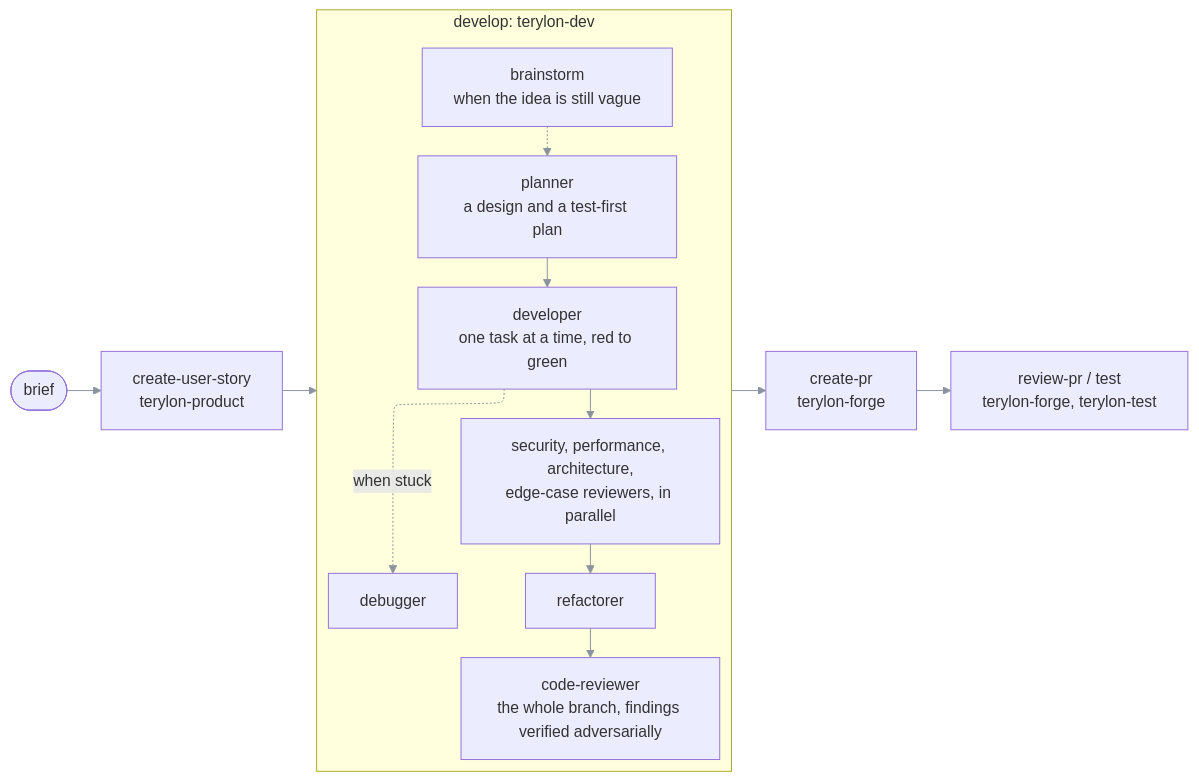
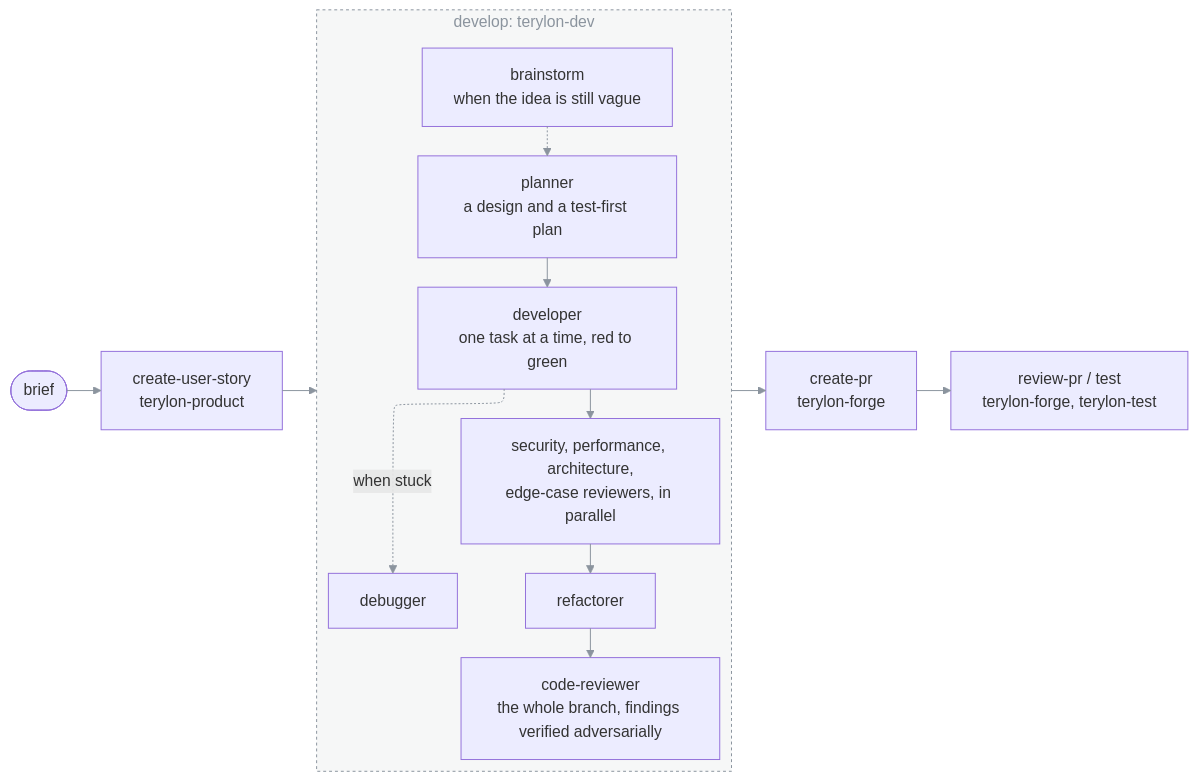
Before and after one commit to janecekvit/terylon-marketplace: the first of 2 diagrams in README.md, drawn with Mermaid. The commit also changed other lines of this file and 82 other files, not shown here.

First line of the commit message:
Bring every skill to the Agent Skills specification; adopt the comment, documentation and diagram rules (#47)

````diff
--- a/README.md
+++ b/README.md
@@ -47,41 +47,37 @@
 ```mermaid
----
-config:
-  layout: elk
-  flowchart:
-    padding: 16
----
 flowchart LR
+%%{init: {"layout": "elk", "flowchart": {"padding": 16}}}%%
     subgraph develop ["develop: terylon-dev"]
         direction TB
         brainstorm["`brainstorm
 when the idea is still vague`"]
         planner["`planner
 a design and a test-first plan`"]
         developer["`developer
 one task at a time, red to green`"]
         debugger["debugger"]
         reviewers["`security, performance, architecture,
 edge-case reviewers, in parallel`"]
         refactorer["refactorer"]
         codeReviewer["`code-reviewer
 the whole branch, findings verified adversarially`"]
 
         brainstorm -.-> planner
         planner --> developer
         developer -. "when stuck" .-> debugger
         developer --> reviewers
         reviewers --> refactorer
         refactorer --> codeReviewer
     end
 
     brief([brief]) --> createUserStory["`create-user-story
 terylon-product`"]
     createUserStory --> develop
     develop --> createPr["`create-pr
 terylon-forge`"]
     createPr --> reviewAndTest["`review-pr / test
 terylon-forge, terylon-test`"]
 
+    style develop fill:#8B949E14,stroke:#8B949E,color:#8B949E,stroke-dasharray:3 3
     linkStyle default stroke:#8B949E
 ```
````
